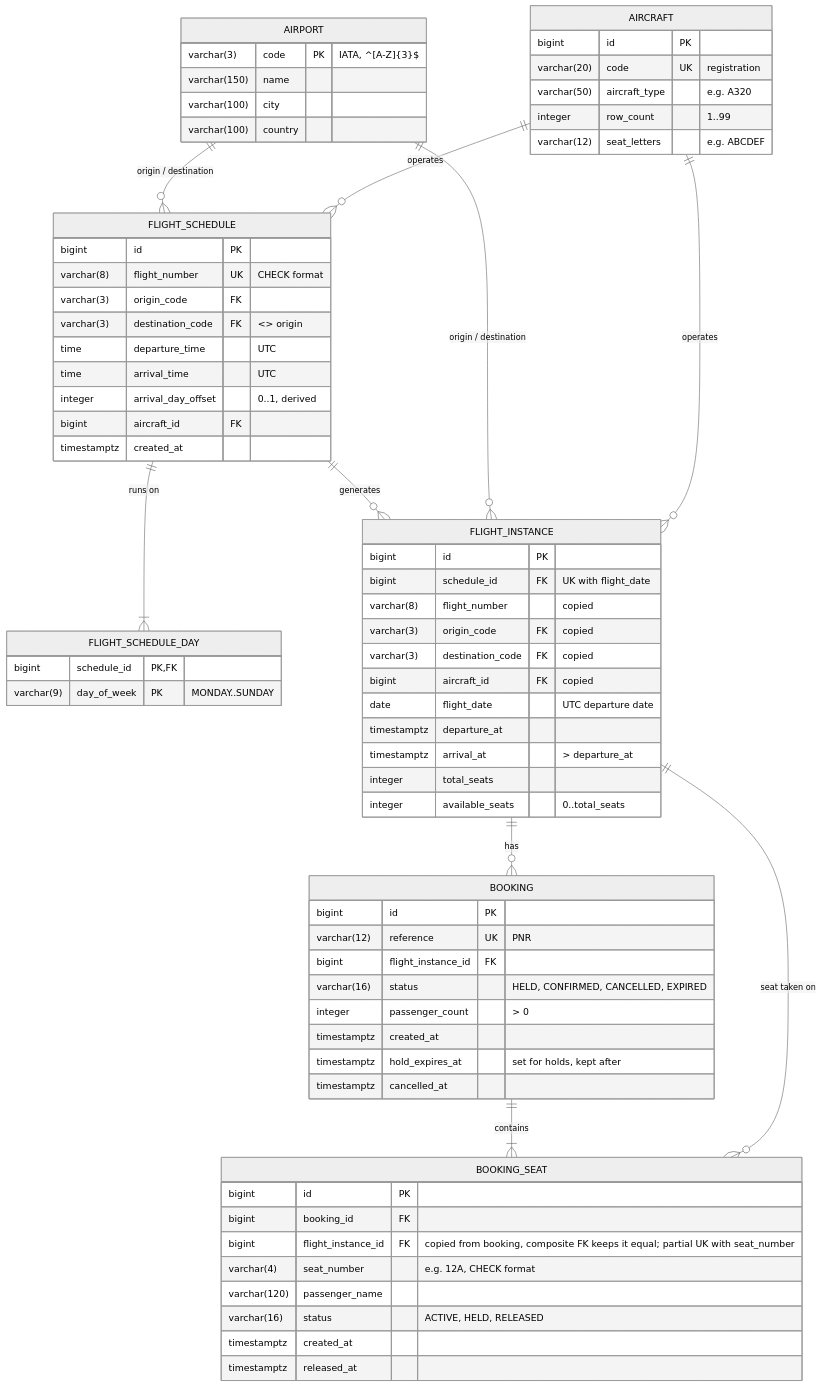
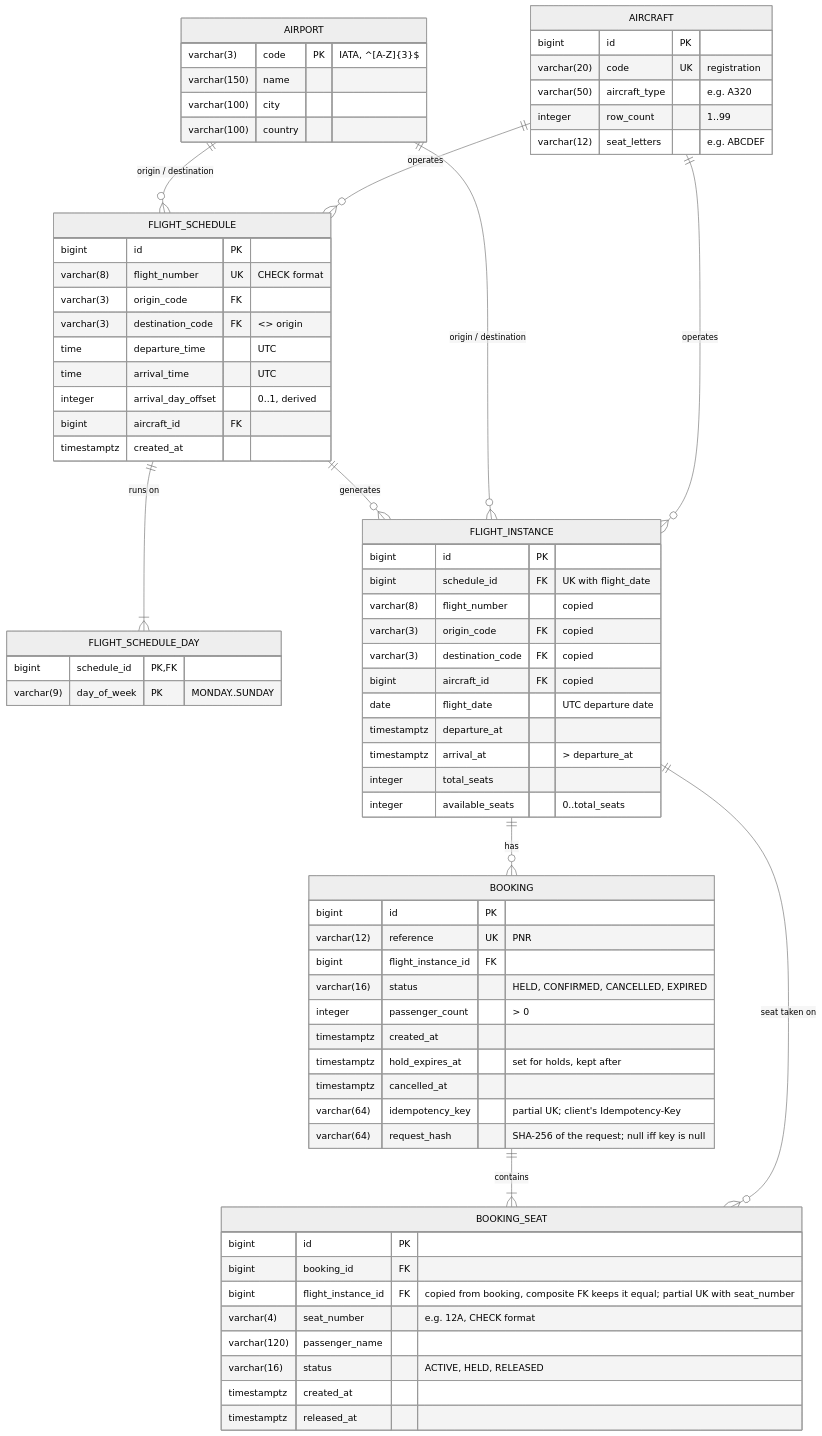
The diagram in hld/diagrams/er.mmd (ambikadasc/airline-ticketing-system), drawn with Mermaid (neutral theme) before and after one commit. The commit also changed 29 other files, not shown here.

```diff
--- a/hld/diagrams/er.mmd
+++ b/hld/diagrams/er.mmd
@@ -1,72 +1,74 @@
 erDiagram
     AIRPORT ||--o{ FLIGHT_SCHEDULE : "origin / destination"
     AIRCRAFT ||--o{ FLIGHT_SCHEDULE : "operates"
     FLIGHT_SCHEDULE ||--|{ FLIGHT_SCHEDULE_DAY : "runs on"
     FLIGHT_SCHEDULE ||--o{ FLIGHT_INSTANCE : "generates"
     AIRPORT ||--o{ FLIGHT_INSTANCE : "origin / destination"
     AIRCRAFT ||--o{ FLIGHT_INSTANCE : "operates"
     FLIGHT_INSTANCE ||--o{ BOOKING : "has"
     BOOKING ||--|{ BOOKING_SEAT : "contains"
     FLIGHT_INSTANCE ||--o{ BOOKING_SEAT : "seat taken on"
 
     AIRPORT {
         varchar(3) code PK "IATA, ^[A-Z]{3}$"
         varchar(150) name
         varchar(100) city
         varchar(100) country
     }
     AIRCRAFT {
         bigint id PK
         varchar(20) code UK "registration"
         varchar(50) aircraft_type "e.g. A320"
         integer row_count "1..99"
         varchar(12) seat_letters "e.g. ABCDEF"
     }
     FLIGHT_SCHEDULE {
         bigint id PK
         varchar(8) flight_number UK "CHECK format"
         varchar(3) origin_code FK
         varchar(3) destination_code FK "<> origin"
         time departure_time "UTC"
         time arrival_time "UTC"
         integer arrival_day_offset "0..1, derived"
         bigint aircraft_id FK
         timestamptz created_at
     }
     FLIGHT_SCHEDULE_DAY {
         bigint schedule_id PK, FK
         varchar(9) day_of_week PK "MONDAY..SUNDAY"
     }
     FLIGHT_INSTANCE {
         bigint id PK
         bigint schedule_id FK "UK with flight_date"
         varchar(8) flight_number "copied"
         varchar(3) origin_code FK "copied"
         varchar(3) destination_code FK "copied"
         bigint aircraft_id FK "copied"
         date flight_date "UTC departure date"
         timestamptz departure_at
         timestamptz arrival_at "> departure_at"
         integer total_seats
         integer available_seats "0..total_seats"
     }
     BOOKING {
         bigint id PK
         varchar(12) reference UK "PNR"
         bigint flight_instance_id FK
         varchar(16) status "HELD, CONFIRMED, CANCELLED, EXPIRED"
         integer passenger_count "> 0"
         timestamptz created_at
         timestamptz hold_expires_at "set for holds, kept after"
         timestamptz cancelled_at
+        varchar(64) idempotency_key "partial UK; client's Idempotency-Key"
+        varchar(64) request_hash "SHA-256 of the request; null iff key is null"
     }
     BOOKING_SEAT {
         bigint id PK
         bigint booking_id FK
         bigint flight_instance_id FK "copied from booking, composite FK keeps it equal; partial UK with seat_number"
         varchar(4) seat_number "e.g. 12A, CHECK format"
         varchar(120) passenger_name
         varchar(16) status "ACTIVE, HELD, RELEASED"
         timestamptz created_at
         timestamptz released_at
     }
```
